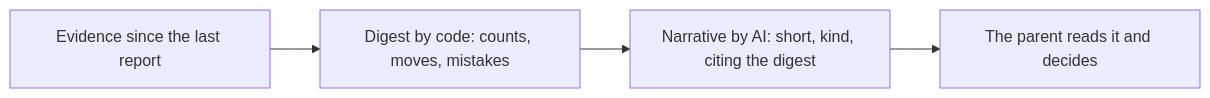
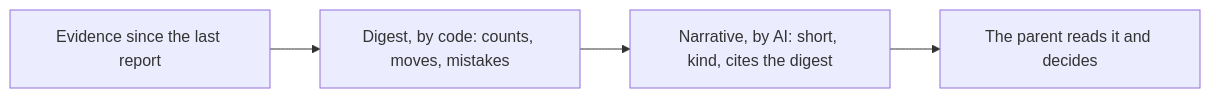
The diagram in apps/docs/src/lib/diagrams/dream.mmd (vasyl-stanislavchuk/jadwigo-hackathon), drawn with Mermaid before and after one commit. The commit also changed 69 other files, not shown here.

First line of the commit message:
dl-5ssh.90.53.20: architecture as a C4 ladder, every diagram redrawn in Medallion (#946)

```diff
--- a/apps/docs/src/lib/diagrams/dream.mmd
+++ b/apps/docs/src/lib/diagrams/dream.mmd
@@ -1,4 +1,4 @@
 flowchart LR
-  E["Evidence since the last report"] --> D["Digest by code: counts, moves, mistakes"]
-  D --> N["Narrative by AI: short, kind, citing the digest"]
+  E["Evidence since the last report"] --> D["Digest, by code: counts, moves, mistakes"]
+  D --> N["Narrative, by AI: short, kind, cites the digest"]
   N --> P["The parent reads it and decides"]
```
